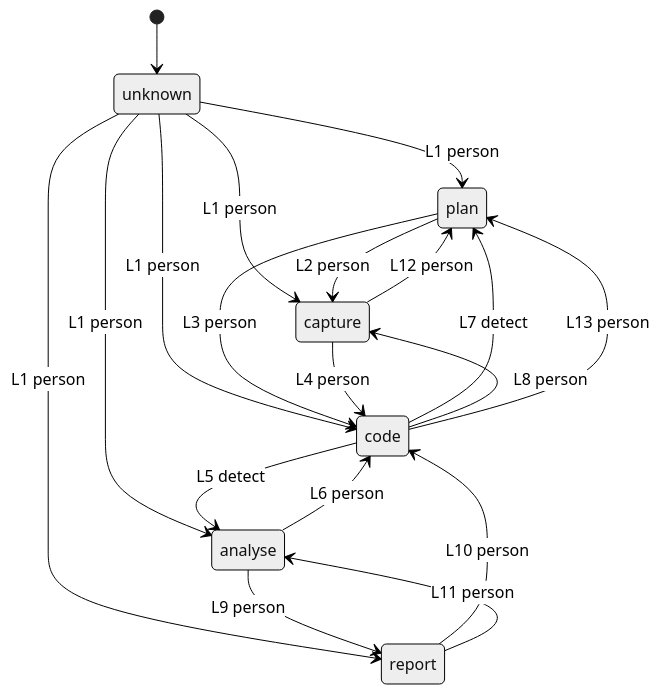
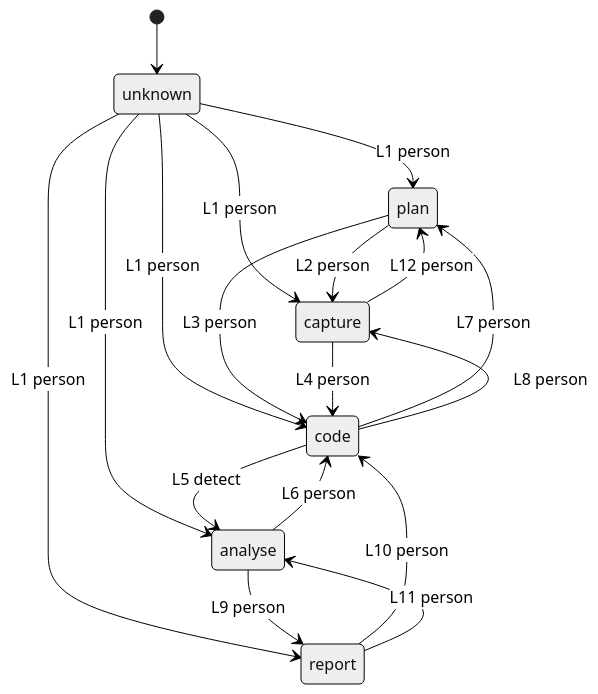
Before and after one commit to DynamicalSystemsGroup/scat-kg-tools: the diagram in contracts/lifecycle.md, drawn with Mermaid (neutral theme). The commit also changed other lines of this file and 15 other files, not shown here.

````diff
--- a/contracts/lifecycle.md
+++ b/contracts/lifecycle.md
@@ -147,21 +144,20 @@
 ```mermaid
 stateDiagram-v2
     [*] --> unknown
     unknown --> plan: L1 person
     unknown --> capture: L1 person
     unknown --> code: L1 person
     unknown --> analyse: L1 person
     unknown --> report: L1 person
     plan --> capture: L2 person
     plan --> code: L3 person
     capture --> code: L4 person
     code --> analyse: L5 detect
     analyse --> code: L6 person
-    code --> plan: L7 detect
+    code --> plan: L7 person
     code --> capture: L8 person
     analyse --> report: L9 person
     report --> code: L10 person
     report --> analyse: L11 person
     capture --> plan: L12 person
-    code --> plan: L13 person
 ```
````
